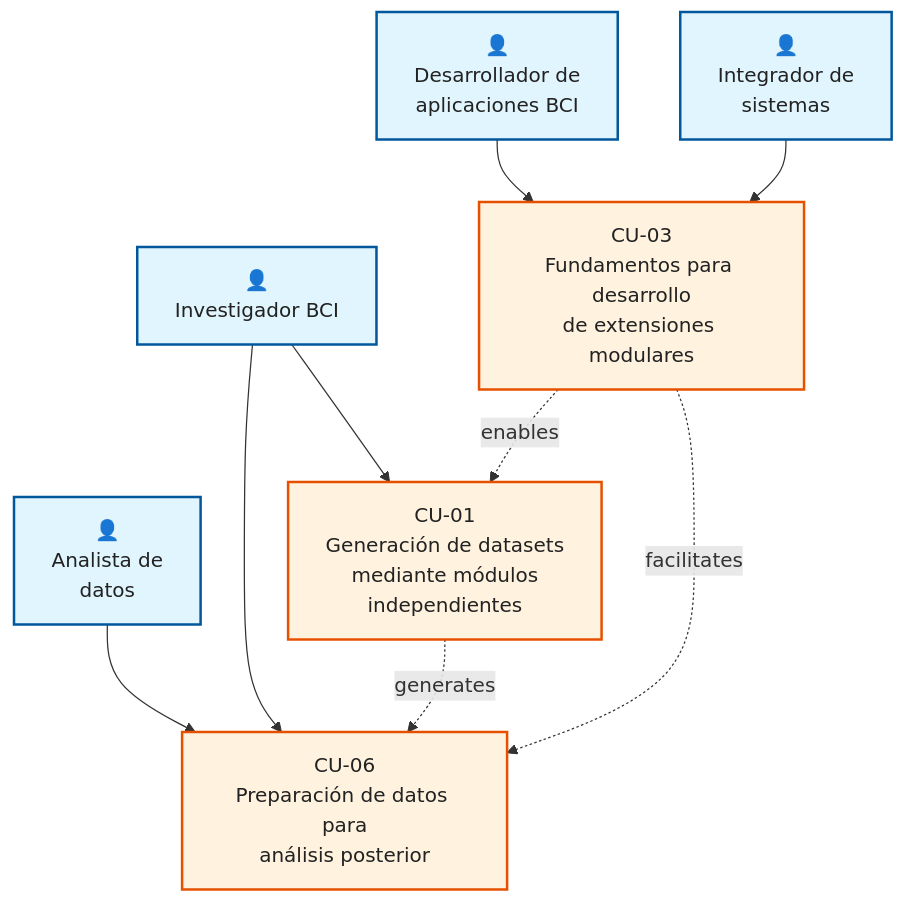
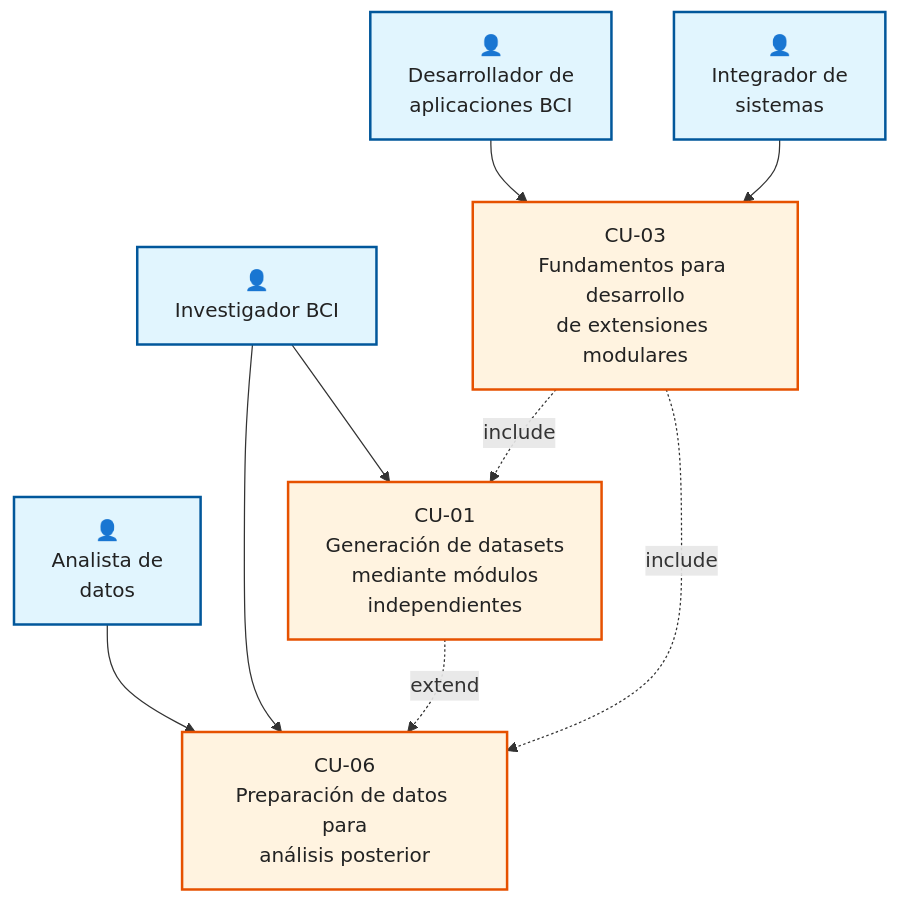
The diagram in Memoria_Latex/diagramas_casos_uso/casos_uso_it2.md (PabloSoage/NeuroSync-Framework), drawn with Mermaid before and after one commit. The commit also changed 6 other files, not shown here.

Commit message:
diagramas UML casos de uso

````diff
--- a/Memoria_Latex/diagramas_casos_uso/casos_uso_it2.md
+++ b/Memoria_Latex/diagramas_casos_uso/casos_uso_it2.md
@@ -1,32 +1,32 @@
 ```mermaid
 graph TB
     %% Actores
     InvBCI[👤<br/><span style='color:#222'>Investigador BCI</span>]
     DevBCI[👤<br/><span style='color:#222'>Desarrollador de<br/>aplicaciones BCI</span>]
     Integrador[👤<br/><span style='color:#222'>Integrador de<br/>sistemas</span>]
     Analista[👤<br/><span style='color:#222'>Analista de<br/>datos</span>]
 
     %% Casos de uso
     CU01[<span style='color:#222'>CU-01<br/>Generación de datasets<br/>mediante módulos<br/>independientes</span>]
     CU03[<span style='color:#222'>CU-03<br/>Fundamentos para desarrollo<br/>de extensiones modulares</span>]
     CU06[<span style='color:#222'>CU-06<br/>Preparación de datos para<br/>análisis posterior</span>]
 
     %% Relaciones actores-casos de uso
     InvBCI --> CU01
     DevBCI --> CU03
     Integrador --> CU03
     Analista --> CU06
     InvBCI --> CU06
 
     %% Relaciones entre casos de uso (fundamentos arquitectónicos)
-    CU03 -.->|enables| CU01
-    CU01 -.->|generates| CU06
-    CU03 -.->|facilitates| CU06
+    CU03 -.->|include| CU01
+    CU01 -.->|extend| CU06
+    CU03 -.->|include| CU06
 
     %% Estilos
     classDef actor fill:#e1f5fe,stroke:#01579b,stroke-width:2px
     classDef usecase fill:#fff3e0,stroke:#e65100,stroke-width:2px
 
     class InvBCI,DevBCI,Integrador,Analista actor
     class CU01,CU03,CU06 usecase
 ```
````
